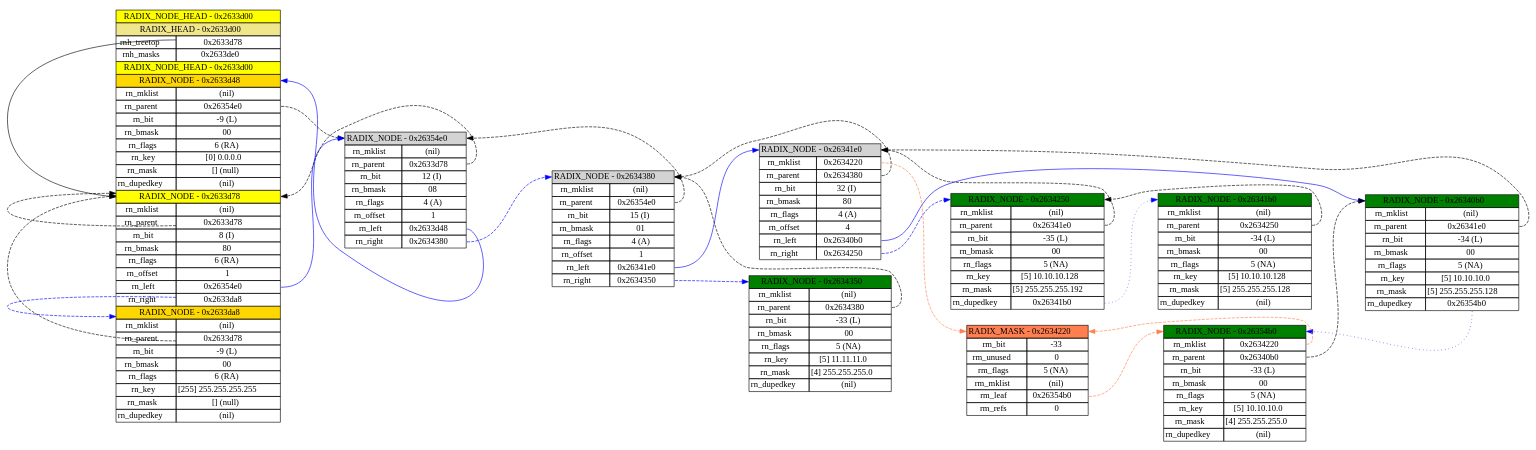
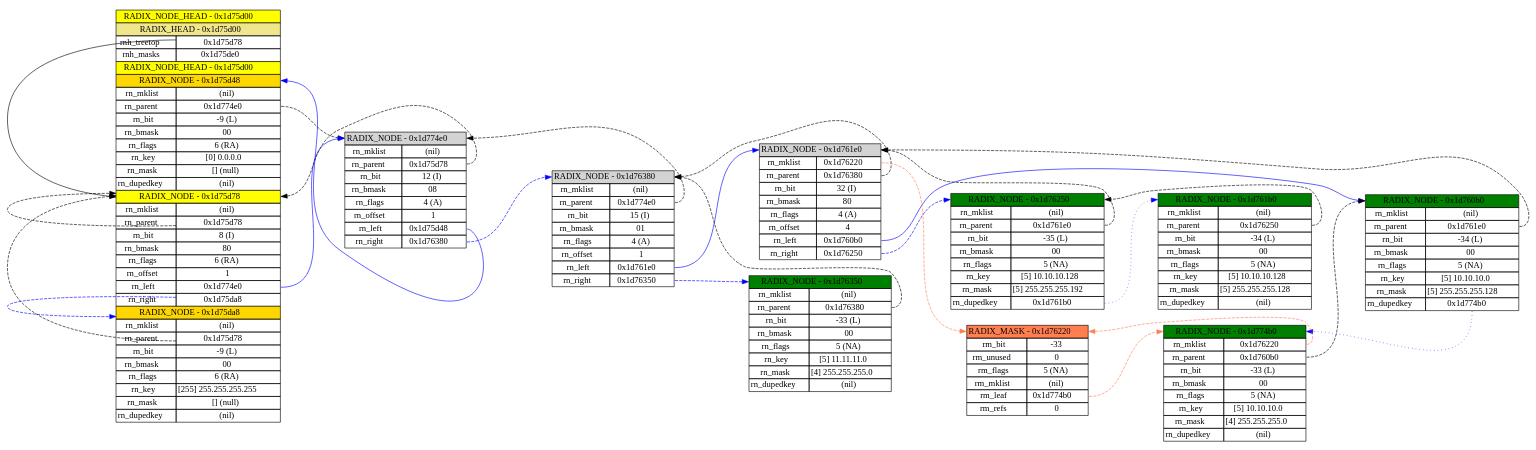
Before and after one commit to hertogp/iptable: the diagram in pd-images/e85d531631817f873337acbaf9a36d197fef453b.dot, drawn with Graphviz. The commit also changed 10 other files, not shown here.

```diff
--- a/pd-images/e85d531631817f873337acbaf9a36d197fef453b.dot
+++ b/pd-images/e85d531631817f873337acbaf9a36d197fef453b.dot
@@ -2,33 +2,33 @@
   rankdir="LR";
   ranksep="1.0 equally";
 
-N0x2633d00 [label=<  <TABLE BORDER="0" CELLBORDER="1" CELLSPACING="0">
-    <TR><TD PORT="N0x2633d00" COLSPAN="2" BGCOLOR="yellow">RADIX_NODE_HEAD - 0x2633d00</TD></TR>
-    <TR><TD PORT="N0x2633d00" COLSPAN="2" BGCOLOR="khaki">RADIX_HEAD - 0x2633d00</TD></TR>
-    <TR><TD>rnh_treetop</TD><TD PORT="N0x2633d00_2">0x2633d78</TD></TR>
-    <TR><TD>rnh_masks</TD><TD> 0x2633de0 </TD></TR>
-    <TR><TD PORT="N0x2633d00" COLSPAN="2" BGCOLOR="yellow">RADIX_NODE_HEAD - 0x2633d00</TD></TR>
-    <TR><TD PORT="N0x2633d48" COLSPAN="2" BGCOLOR="gold">RADIX_NODE - 0x2633d48</TD></TR>
+N0x1d75d00 [label=<  <TABLE BORDER="0" CELLBORDER="1" CELLSPACING="0">
+    <TR><TD PORT="N0x1d75d00" COLSPAN="2" BGCOLOR="yellow">RADIX_NODE_HEAD - 0x1d75d00</TD></TR>
+    <TR><TD PORT="N0x1d75d00" COLSPAN="2" BGCOLOR="khaki">RADIX_HEAD - 0x1d75d00</TD></TR>
+    <TR><TD>rnh_treetop</TD><TD PORT="N0x1d75d00_2">0x1d75d78</TD></TR>
+    <TR><TD>rnh_masks</TD><TD> 0x1d75de0 </TD></TR>
+    <TR><TD PORT="N0x1d75d00" COLSPAN="2" BGCOLOR="yellow">RADIX_NODE_HEAD - 0x1d75d00</TD></TR>
+    <TR><TD PORT="N0x1d75d48" COLSPAN="2" BGCOLOR="gold">RADIX_NODE - 0x1d75d48</TD></TR>
     <TR><TD>rn_mklist</TD><TD>(nil)</TD></TR>
-    <TR><TD>rn_parent</TD><TD PORT="N0x2633d00_7">0x26354e0</TD></TR>
+    <TR><TD>rn_parent</TD><TD PORT="N0x1d75d00_7">0x1d774e0</TD></TR>
     <TR><TD>rn_bit</TD><TD>-9 (L)</TD></TR>
     <TR><TD>rn_bmask</TD><TD>00</TD></TR>
     <TR><TD>rn_flags</TD><TD>6 (RA)</TD></TR>
     <TR><TD>rn_key</TD><TD>[0] 0.0.0.0</TD></TR>
     <TR><TD>rn_mask</TD><TD>[] (null)</TD></TR>
     <TR><TD>rn_dupedkey</TD><TD>(nil)</TD></TR>
-    <TR><TD PORT="N0x2633d78" COLSPAN="2" BGCOLOR="yellow">RADIX_NODE - 0x2633d78</TD></TR>
+    <TR><TD PORT="N0x1d75d78" COLSPAN="2" BGCOLOR="yellow">RADIX_NODE - 0x1d75d78</TD></TR>
     <TR><TD>rn_mklist</TD><TD>(nil)</TD></TR>
-    <TR><TD>rn_parent</TD><TD PORT="N0x2633d00_16">0x2633d78</TD></TR>
+    <TR><TD>rn_parent</TD><TD PORT="N0x1d75d00_16">0x1d75d78</TD></TR>
     <TR><TD>rn_bit</TD><TD>8 (I)</TD></TR>
     <TR><TD>rn_bmask</TD><TD>80</TD></TR>
     <TR><TD>rn_flags</TD><TD>6 (RA)</TD></TR>
     <TR><TD>rn_offset</TD><TD>1</TD></TR>
-    <TR><TD>rn_left</TD><TD PORT="N0x2633d00_21">0x26354e0</TD></TR>
-    <TR><TD>rn_right</TD><TD PORT="N0x2633d00_22">0x2633da8</TD></TR>
-    <TR><TD PORT="N0x2633da8" COLSPAN="2" BGCOLOR="gold">RADIX_NODE - 0x2633da8</TD></TR>
+    <TR><TD>rn_left</TD><TD PORT="N0x1d75d00_21">0x1d774e0</TD></TR>
+    <TR><TD>rn_right</TD><TD PORT="N0x1d75d00_22">0x1d75da8</TD></TR>
+    <TR><TD PORT="N0x1d75da8" COLSPAN="2" BGCOLOR="gold">RADIX_NODE - 0x1d75da8</TD></TR>
     <TR><TD>rn_mklist</TD><TD>(nil)</TD></TR>
-    <TR><TD>rn_parent</TD><TD PORT="N0x2633d00_25">0x2633d78</TD></TR>
+    <TR><TD>rn_parent</TD><TD PORT="N0x1d75d00_25">0x1d75d78</TD></TR>
     <TR><TD>rn_bit</TD><TD>-9 (L)</TD></TR>
     <TR><TD>rn_bmask</TD><TD>00</TD></TR>
     <TR><TD>rn_flags</TD><TD>6 (RA)</TD></TR>
@@ -38,62 +38,62 @@
   </TABLE>
 >,shape="plaintext"];
 
-N0x26354e0 [label=<  <TABLE BORDER="0" CELLBORDER="1" CELLSPACING="0">
-    <TR><TD PORT="N0x26354e0" COLSPAN="2" BGCOLOR="lightgrey">RADIX_NODE - 0x26354e0</TD></TR>
+N0x1d774e0 [label=<  <TABLE BORDER="0" CELLBORDER="1" CELLSPACING="0">
+    <TR><TD PORT="N0x1d774e0" COLSPAN="2" BGCOLOR="lightgrey">RADIX_NODE - 0x1d774e0</TD></TR>
     <TR><TD>rn_mklist</TD><TD>(nil)</TD></TR>
-    <TR><TD>rn_parent</TD><TD PORT="N0x26354e0_2">0x2633d78</TD></TR>
+    <TR><TD>rn_parent</TD><TD PORT="N0x1d774e0_2">0x1d75d78</TD></TR>
     <TR><TD>rn_bit</TD><TD>12 (I)</TD></TR>
     <TR><TD>rn_bmask</TD><TD>08</TD></TR>
     <TR><TD>rn_flags</TD><TD>4 (A)</TD></TR>
     <TR><TD>rn_offset</TD><TD>1</TD></TR>
-    <TR><TD>rn_left</TD><TD PORT="N0x26354e0_7">0x2633d48</TD></TR>
-    <TR><TD>rn_right</TD><TD PORT="N0x26354e0_8">0x2634380</TD></TR>
+    <TR><TD>rn_left</TD><TD PORT="N0x1d774e0_7">0x1d75d48</TD></TR>
+    <TR><TD>rn_right</TD><TD PORT="N0x1d774e0_8">0x1d76380</TD></TR>
   </TABLE>
 >,shape="plaintext"];
 
-N0x2634380 [label=<  <TABLE BORDER="0" CELLBORDER="1" CELLSPACING="0">
-    <TR><TD PORT="N0x2634380" COLSPAN="2" BGCOLOR="lightgrey">RADIX_NODE - 0x2634380</TD></TR>
+N0x1d76380 [label=<  <TABLE BORDER="0" CELLBORDER="1" CELLSPACING="0">
+    <TR><TD PORT="N0x1d76380" COLSPAN="2" BGCOLOR="lightgrey">RADIX_NODE - 0x1d76380</TD></TR>
     <TR><TD>rn_mklist</TD><TD>(nil)</TD></TR>
-    <TR><TD>rn_parent</TD><TD PORT="N0x2634380_2">0x26354e0</TD></TR>
+    <TR><TD>rn_parent</TD><TD PORT="N0x1d76380_2">0x1d774e0</TD></TR>
     <TR><TD>rn_bit</TD><TD>15 (I)</TD></TR>
     <TR><TD>rn_bmask</TD><TD>01</TD></TR>
     <TR><TD>rn_flags</TD><TD>4 (A)</TD></TR>
     <TR><TD>rn_offset</TD><TD>1</TD></TR>
-    <TR><TD>rn_left</TD><TD PORT="N0x2634380_7">0x26341e0</TD></TR>
-    <TR><TD>rn_right</TD><TD PORT="N0x2634380_8">0x2634350</TD></TR>
+    <TR><TD>rn_left</TD><TD PORT="N0x1d76380_7">0x1d761e0</TD></TR>
+    <TR><TD>rn_right</TD><TD PORT="N0x1d76380_8">0x1d76350</TD></TR>
   </TABLE>
 >,shape="plaintext"];
 
-N0x26341e0 [label=<  <TABLE BORDER="0" CELLBORDER="1" CELLSPACING="0">
-    <TR><TD PORT="N0x26341e0" COLSPAN="2" BGCOLOR="lightgrey">RADIX_NODE - 0x26341e0</TD></TR>
-    <TR><TD>rn_mklist</TD><TD PORT="N0x26341e0_1">0x2634220</TD></TR>
-    <TR><TD>rn_parent</TD><TD PORT="N0x26341e0_2">0x2634380</TD></TR>
+N0x1d761e0 [label=<  <TABLE BORDER="0" CELLBORDER="1" CELLSPACING="0">
+    <TR><TD PORT="N0x1d761e0" COLSPAN="2" BGCOLOR="lightgrey">RADIX_NODE - 0x1d761e0</TD></TR>
+    <TR><TD>rn_mklist</TD><TD PORT="N0x1d761e0_1">0x1d76220</TD></TR>
+    <TR><TD>rn_parent</TD><TD PORT="N0x1d761e0_2">0x1d76380</TD></TR>
     <TR><TD>rn_bit</TD><TD>32 (I)</TD></TR>
     <TR><TD>rn_bmask</TD><TD>80</TD></TR>
     <TR><TD>rn_flags</TD><TD>4 (A)</TD></TR>
     <TR><TD>rn_offset</TD><TD>4</TD></TR>
-    <TR><TD>rn_left</TD><TD PORT="N0x26341e0_7">0x26340b0</TD></TR>
-    <TR><TD>rn_right</TD><TD PORT="N0x26341e0_8">0x2634250</TD></TR>
+    <TR><TD>rn_left</TD><TD PORT="N0x1d761e0_7">0x1d760b0</TD></TR>
+    <TR><TD>rn_right</TD><TD PORT="N0x1d761e0_8">0x1d76250</TD></TR>
   </TABLE>
 >,shape="plaintext"];
 
-N0x26340b0 [label=<  <TABLE BORDER="0" CELLBORDER="1" CELLSPACING="0">
-    <TR><TD PORT="N0x26340b0" COLSPAN="2" BGCOLOR="green">RADIX_NODE - 0x26340b0</TD></TR>
+N0x1d760b0 [label=<  <TABLE BORDER="0" CELLBORDER="1" CELLSPACING="0">
+    <TR><TD PORT="N0x1d760b0" COLSPAN="2" BGCOLOR="green">RADIX_NODE - 0x1d760b0</TD></TR>
     <TR><TD>rn_mklist</TD><TD>(nil)</TD></TR>
-    <TR><TD>rn_parent</TD><TD PORT="N0x26340b0_2">0x26341e0</TD></TR>
+    <TR><TD>rn_parent</TD><TD PORT="N0x1d760b0_2">0x1d761e0</TD></TR>
     <TR><TD>rn_bit</TD><TD>-34 (L)</TD></TR>
     <TR><TD>rn_bmask</TD><TD>00</TD></TR>
     <TR><TD>rn_flags</TD><TD>5 (NA)</TD></TR>
     <TR><TD>rn_key</TD><TD>[5] 10.10.10.0</TD></TR>
     <TR><TD>rn_mask</TD><TD>[5] 255.255.255.128</TD></TR>
-    <TR><TD>rn_dupedkey</TD><TD PORT="N0x26340b0_8">0x26354b0</TD></TR>
+    <TR><TD>rn_dupedkey</TD><TD PORT="N0x1d760b0_8">0x1d774b0</TD></TR>
   </TABLE>
 >,shape="plaintext"];
 
-N0x26354b0 [label=<  <TABLE BORDER="0" CELLBORDER="1" CELLSPACING="0">
-    <TR><TD PORT="N0x26354b0" COLSPAN="2" BGCOLOR="green">RADIX_NODE - 0x26354b0</TD></TR>
-    <TR><TD>rn_mklist</TD><TD PORT="N0x26354b0_1">0x2634220</TD></TR>
-    <TR><TD>rn_parent</TD><TD PORT="N0x26354b0_2">0x26340b0</TD></TR>
+N0x1d774b0 [label=<  <TABLE BORDER="0" CELLBORDER="1" CELLSPACING="0">
+    <TR><TD PORT="N0x1d774b0" COLSPAN="2" BGCOLOR="green">RADIX_NODE - 0x1d774b0</TD></TR>
+    <TR><TD>rn_mklist</TD><TD PORT="N0x1d774b0_1">0x1d76220</TD></TR>
+    <TR><TD>rn_parent</TD><TD PORT="N0x1d774b0_2">0x1d760b0</TD></TR>
     <TR><TD>rn_bit</TD><TD>-33 (L)</TD></TR>
     <TR><TD>rn_bmask</TD><TD>00</TD></TR>
     <TR><TD>rn_flags</TD><TD>5 (NA)</TD></TR>
@@ -103,23 +103,23 @@
   </TABLE>
 >,shape="plaintext"];
 
-N0x2634250 [label=<  <TABLE BORDER="0" CELLBORDER="1" CELLSPACING="0">
-    <TR><TD PORT="N0x2634250" COLSPAN="2" BGCOLOR="green">RADIX_NODE - 0x2634250</TD></TR>
+N0x1d76250 [label=<  <TABLE BORDER="0" CELLBORDER="1" CELLSPACING="0">
+    <TR><TD PORT="N0x1d76250" COLSPAN="2" BGCOLOR="green">RADIX_NODE - 0x1d76250</TD></TR>
     <TR><TD>rn_mklist</TD><TD>(nil)</TD></TR>
-    <TR><TD>rn_parent</TD><TD PORT="N0x2634250_2">0x26341e0</TD></TR>
+    <TR><TD>rn_parent</TD><TD PORT="N0x1d76250_2">0x1d761e0</TD></TR>
     <TR><TD>rn_bit</TD><TD>-35 (L)</TD></TR>
     <TR><TD>rn_bmask</TD><TD>00</TD></TR>
     <TR><TD>rn_flags</TD><TD>5 (NA)</TD></TR>
     <TR><TD>rn_key</TD><TD>[5] 10.10.10.128</TD></TR>
     <TR><TD>rn_mask</TD><TD>[5] 255.255.255.192</TD></TR>
-    <TR><TD>rn_dupedkey</TD><TD PORT="N0x2634250_8">0x26341b0</TD></TR>
+    <TR><TD>rn_dupedkey</TD><TD PORT="N0x1d76250_8">0x1d761b0</TD></TR>
   </TABLE>
 >,shape="plaintext"];
 
-N0x26341b0 [label=<  <TABLE BORDER="0" CELLBORDER="1" CELLSPACING="0">
-    <TR><TD PORT="N0x26341b0" COLSPAN="2" BGCOLOR="green">RADIX_NODE - 0x26341b0</TD></TR>
+N0x1d761b0 [label=<  <TABLE BORDER="0" CELLBORDER="1" CELLSPACING="0">
+    <TR><TD PORT="N0x1d761b0" COLSPAN="2" BGCOLOR="green">RADIX_NODE - 0x1d761b0</TD></TR>
     <TR><TD>rn_mklist</TD><TD>(nil)</TD></TR>
-    <TR><TD>rn_parent</TD><TD PORT="N0x26341b0_2">0x2634250</TD></TR>
+    <TR><TD>rn_parent</TD><TD PORT="N0x1d761b0_2">0x1d76250</TD></TR>
     <TR><TD>rn_bit</TD><TD>-34 (L)</TD></TR>
     <TR><TD>rn_bmask</TD><TD>00</TD></TR>
     <TR><TD>rn_flags</TD><TD>5 (NA)</TD></TR>
@@ -129,21 +129,21 @@
   </TABLE>
 >,shape="plaintext"];
 
-N0x2634220 [label=<  <TABLE BORDER="0" CELLBORDER="1" CELLSPACING="0">
-    <TR><TD PORT="N0x2634220" COLSPAN="2" BGCOLOR="coral">RADIX_MASK - 0x2634220</TD></TR>
+N0x1d76220 [label=<  <TABLE BORDER="0" CELLBORDER="1" CELLSPACING="0">
+    <TR><TD PORT="N0x1d76220" COLSPAN="2" BGCOLOR="coral">RADIX_MASK - 0x1d76220</TD></TR>
     <TR><TD>rm_bit</TD><TD>-33</TD></TR>
     <TR><TD>rm_unused</TD><TD>0</TD></TR>
     <TR><TD>rm_flags</TD><TD>5 (NA)</TD></TR>
     <TR><TD>rm_mklist</TD><TD>(nil)</TD></TR>
-    <TR><TD>rm_leaf</TD><TD PORT="N0x2634220_5">0x26354b0</TD></TR>
+    <TR><TD>rm_leaf</TD><TD PORT="N0x1d76220_5">0x1d774b0</TD></TR>
     <TR><TD>rm_refs</TD><TD>0</TD></TR>
   </TABLE>
 >,shape="plaintext"];
 
-N0x2634350 [label=<  <TABLE BORDER="0" CELLBORDER="1" CELLSPACING="0">
-    <TR><TD PORT="N0x2634350" COLSPAN="2" BGCOLOR="green">RADIX_NODE - 0x2634350</TD></TR>
+N0x1d76350 [label=<  <TABLE BORDER="0" CELLBORDER="1" CELLSPACING="0">
+    <TR><TD PORT="N0x1d76350" COLSPAN="2" BGCOLOR="green">RADIX_NODE - 0x1d76350</TD></TR>
     <TR><TD>rn_mklist</TD><TD>(nil)</TD></TR>
-    <TR><TD>rn_parent</TD><TD PORT="N0x2634350_2">0x2634380</TD></TR>
+    <TR><TD>rn_parent</TD><TD PORT="N0x1d76350_2">0x1d76380</TD></TR>
     <TR><TD>rn_bit</TD><TD>-33 (L)</TD></TR>
     <TR><TD>rn_bmask</TD><TD>00</TD></TR>
     <TR><TD>rn_flags</TD><TD>5 (NA)</TD></TR>
@@ -153,29 +153,29 @@
   </TABLE>
 >,shape="plaintext"];
 
-N0x2633d00:N0x2633d00_2 -> N0x2633d00:N0x2633d78 [style="solid", color="black"]
-N0x2633d00:N0x2633d00_7 -> N0x26354e0:N0x26354e0 [style="dashed"]
-N0x2633d00:N0x2633d00_16 -> N0x2633d00:N0x2633d78 [style="dashed"]
-N0x2633d00:N0x2633d00_21 -> N0x26354e0:N0x26354e0 [style="solid",  color="blue"]
-N0x2633d00:N0x2633d00_22 -> N0x2633d00:N0x2633da8 [style="dashed",  color="blue"]
-N0x2633d00:N0x2633d00_25 -> N0x2633d00:N0x2633d78 [style="dashed"]
-N0x26354e0:N0x26354e0_2 -> N0x2633d00:N0x2633d78 [style="dashed"]
-N0x26354e0:N0x26354e0_7 -> N0x2633d00:N0x2633d48 [style="solid",  color="blue"]
-N0x26354e0:N0x26354e0_8 -> N0x2634380:N0x2634380 [style="dashed",  color="blue"]
-N0x2634380:N0x2634380_2 -> N0x26354e0:N0x26354e0 [style="dashed"]
-N0x2634380:N0x2634380_7 -> N0x26341e0:N0x26341e0 [style="solid",  color="blue"]
-N0x2634380:N0x2634380_8 -> N0x2634350:N0x2634350 [style="dashed",  color="blue"]
-N0x26341e0:N0x26341e0_1 -> N0x2634220:N0x2634220 [style="dashed", color="coral"]
-N0x26341e0:N0x26341e0_2 -> N0x2634380:N0x2634380 [style="dashed"]
-N0x26341e0:N0x26341e0_7 -> N0x26340b0:N0x26340b0 [style="solid",  color="blue"]
-N0x26341e0:N0x26341e0_8 -> N0x2634250:N0x2634250 [style="dashed",  color="blue"]
-N0x26340b0:N0x26340b0_2 -> N0x26341e0:N0x26341e0 [style="dashed"]
-N0x26340b0:N0x26340b0_8 -> N0x26354b0:N0x26354b0 [style="dotted", color="blue"]
-N0x26354b0:N0x26354b0_1 -> N0x2634220:N0x2634220 [style="dashed", color="coral"]
-N0x26354b0:N0x26354b0_2 -> N0x26340b0:N0x26340b0 [style="dashed"]
-N0x2634250:N0x2634250_2 -> N0x26341e0:N0x26341e0 [style="dashed"]
-N0x2634250:N0x2634250_8 -> N0x26341b0:N0x26341b0 [style="dotted", color="blue"]
-N0x26341b0:N0x26341b0_2 -> N0x2634250:N0x2634250 [style="dashed"]
-N0x2634220:N0x2634220_5 -> N0x26354b0:N0x26354b0 [style="dashed", color="coral"]
-N0x2634350:N0x2634350_2 -> N0x2634380:N0x2634380 [style="dashed"]
+N0x1d75d00:N0x1d75d00_2 -> N0x1d75d00:N0x1d75d78 [style="solid", color="black"]
+N0x1d75d00:N0x1d75d00_7 -> N0x1d774e0:N0x1d774e0 [style="dashed"]
+N0x1d75d00:N0x1d75d00_16 -> N0x1d75d00:N0x1d75d78 [style="dashed"]
+N0x1d75d00:N0x1d75d00_21 -> N0x1d774e0:N0x1d774e0 [style="solid",  color="blue"]
+N0x1d75d00:N0x1d75d00_22 -> N0x1d75d00:N0x1d75da8 [style="dashed",  color="blue"]
+N0x1d75d00:N0x1d75d00_25 -> N0x1d75d00:N0x1d75d78 [style="dashed"]
+N0x1d774e0:N0x1d774e0_2 -> N0x1d75d00:N0x1d75d78 [style="dashed"]
+N0x1d774e0:N0x1d774e0_7 -> N0x1d75d00:N0x1d75d48 [style="solid",  color="blue"]
+N0x1d774e0:N0x1d774e0_8 -> N0x1d76380:N0x1d76380 [style="dashed",  color="blue"]
+N0x1d76380:N0x1d76380_2 -> N0x1d774e0:N0x1d774e0 [style="dashed"]
+N0x1d76380:N0x1d76380_7 -> N0x1d761e0:N0x1d761e0 [style="solid",  color="blue"]
+N0x1d76380:N0x1d76380_8 -> N0x1d76350:N0x1d76350 [style="dashed",  color="blue"]
+N0x1d761e0:N0x1d761e0_1 -> N0x1d76220:N0x1d76220 [style="dashed", color="coral"]
+N0x1d761e0:N0x1d761e0_2 -> N0x1d76380:N0x1d76380 [style="dashed"]
+N0x1d761e0:N0x1d761e0_7 -> N0x1d760b0:N0x1d760b0 [style="solid",  color="blue"]
+N0x1d761e0:N0x1d761e0_8 -> N0x1d76250:N0x1d76250 [style="dashed",  color="blue"]
+N0x1d760b0:N0x1d760b0_2 -> N0x1d761e0:N0x1d761e0 [style="dashed"]
+N0x1d760b0:N0x1d760b0_8 -> N0x1d774b0:N0x1d774b0 [style="dotted", color="blue"]
+N0x1d774b0:N0x1d774b0_1 -> N0x1d76220:N0x1d76220 [style="dashed", color="coral"]
+N0x1d774b0:N0x1d774b0_2 -> N0x1d760b0:N0x1d760b0 [style="dashed"]
+N0x1d76250:N0x1d76250_2 -> N0x1d761e0:N0x1d761e0 [style="dashed"]
+N0x1d76250:N0x1d76250_8 -> N0x1d761b0:N0x1d761b0 [style="dotted", color="blue"]
+N0x1d761b0:N0x1d761b0_2 -> N0x1d76250:N0x1d76250 [style="dashed"]
+N0x1d76220:N0x1d76220_5 -> N0x1d774b0:N0x1d774b0 [style="dashed", color="coral"]
+N0x1d76350:N0x1d76350_2 -> N0x1d76380:N0x1d76380 [style="dashed"]
 }
```
